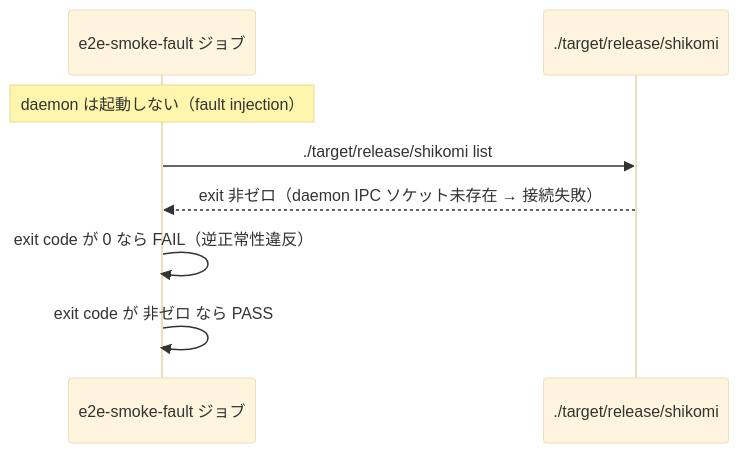
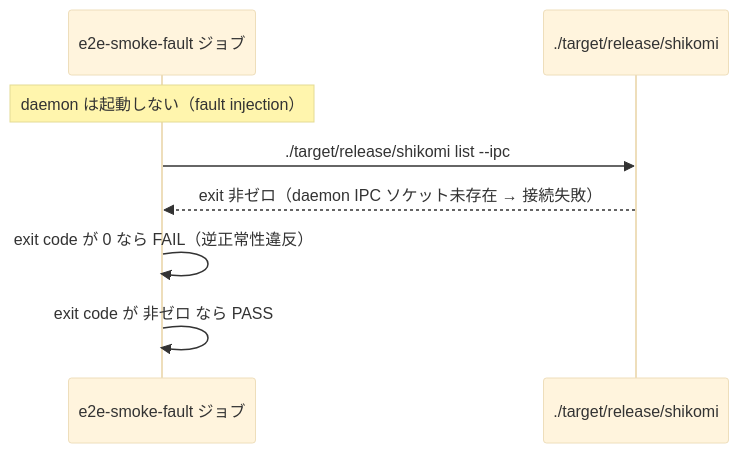
One commit to shikomi-dev/shikomi changed the second of 3 diagrams in docs/features/shikomi-gui/build-ci/detailed-design/e2e.md. Above: the diagram before and after it, drawn with Mermaid (base theme).

Commit message:
docs(build-ci): e2e.md §6.8 シーケンス図 shikomi list → --ipc（ペガサス指摘是正）
§6.8 の e2e-smoke-fault シーケンス図内コマンドが --ipc なしのまま残存していた。
テーブル・説明文との整合を取るため修正（設計書内の単一真実源を確立）。

````diff
--- a/docs/features/shikomi-gui/build-ci/detailed-design/e2e.md
+++ b/docs/features/shikomi-gui/build-ci/detailed-design/e2e.md
@@ -133,11 +133,11 @@
 ```mermaid
 sequenceDiagram
     participant Job as e2e-smoke-fault ジョブ
     participant CLI as ./target/release/shikomi
 
     Note over Job: daemon は起動しない（fault injection）
-    Job->>CLI: ./target/release/shikomi list
+    Job->>CLI: ./target/release/shikomi list --ipc
     CLI-->>Job: exit 非ゼロ（daemon IPC ソケット未存在 → 接続失敗）
     Job->>Job: exit code が 0 なら FAIL（逆正常性違反）
     Job->>Job: exit code が 非ゼロ なら PASS
 ```
````
